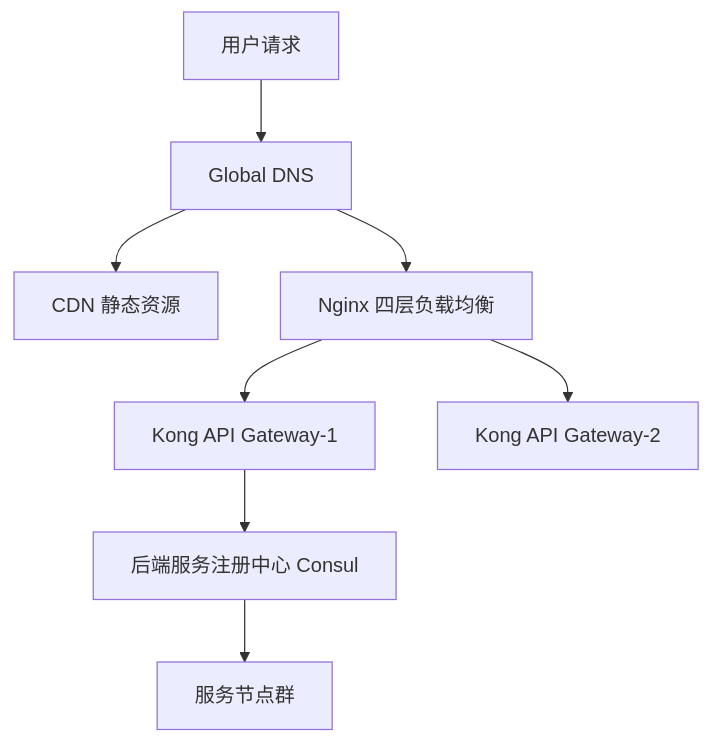
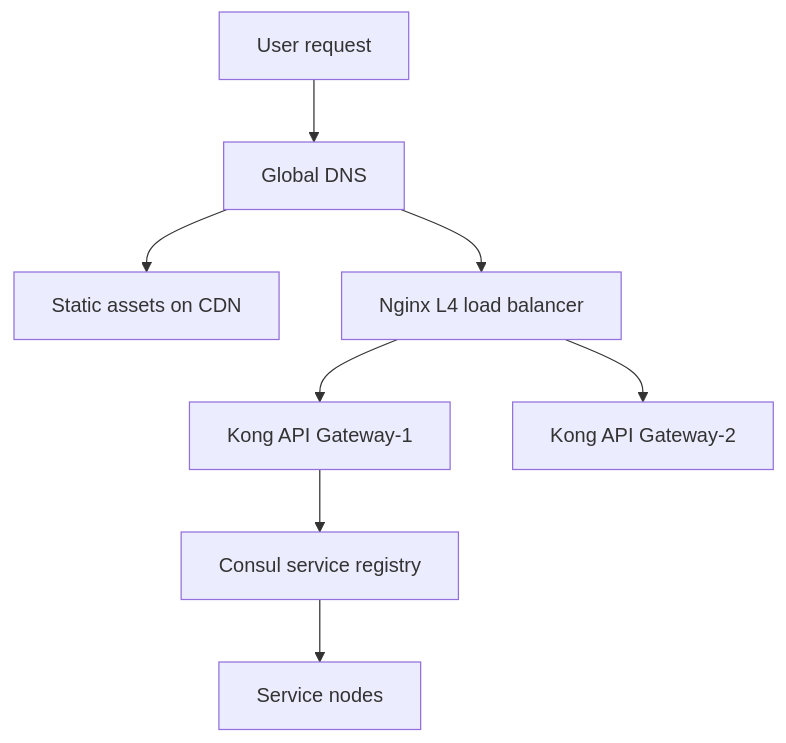
Before and after one commit to LAnthonyJ/datalens-lab: the third of 8 diagrams in Q2_architecture.md, drawn with Mermaid. The commit also changed other lines of this file and 11 other files, not shown here.

````diff
--- a/Q2_architecture.md
+++ b/Q2_architecture.md
@@ -123,10 +106,10 @@
 ```mermaid
 graph TB
-    USER[用户请求] --> DNS[Global DNS]
-    DNS --> CDN[CDN 静态资源]
-    DNS --> LB[Nginx 四层负载均衡]
+    USER[User request] --> DNS[Global DNS]
+    DNS --> CDN[Static assets on CDN]
+    DNS --> LB[Nginx L4 load balancer]
     LB --> GW1[Kong API Gateway-1]
     LB --> GW2[Kong API Gateway-2]
-    GW1 --> SVC[后端服务注册中心 Consul]
-    SVC --> NODE1[服务节点群]
+    GW1 --> SVC[Consul service registry]
+    SVC --> NODE1[Service nodes]
 ```
````
